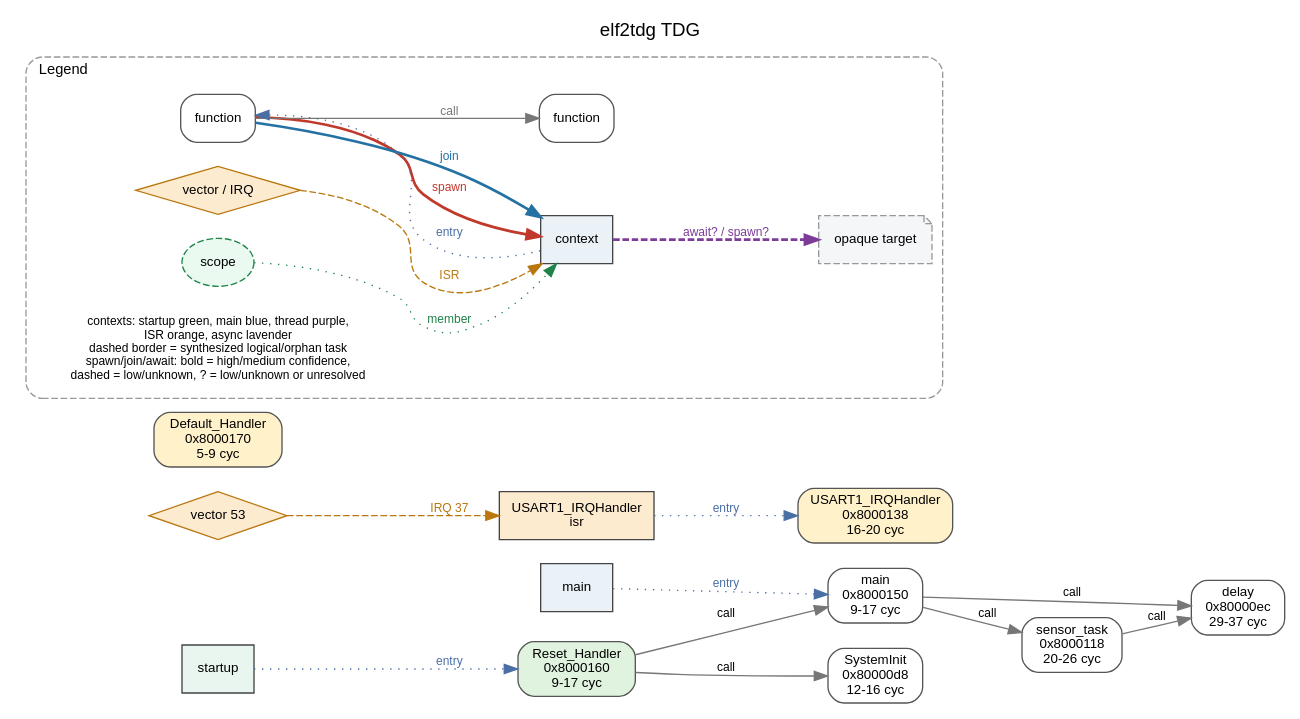
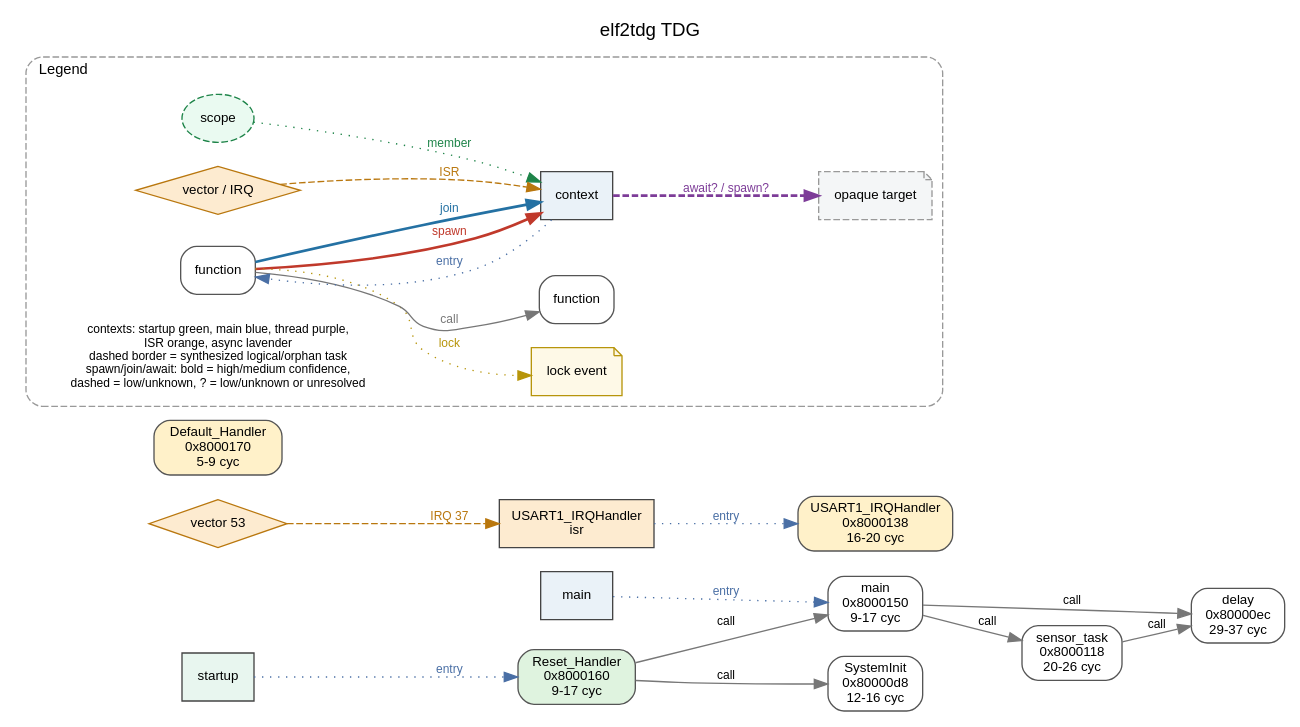
The diagram in examples/cortex-m0-isr/artifacts/tdg-full.dot (kevindadi/elf2tdg), drawn with Graphviz before and after one commit. The commit also changed 19 other files, not shown here.

```diff
--- a/examples/cortex-m0-isr/artifacts/tdg-full.dot
+++ b/examples/cortex-m0-isr/artifacts/tdg-full.dot
@@ -1,43 +1,45 @@
 digraph tdg {
   rankdir=LR;
   graph [fontname="Helvetica", label="elf2tdg TDG", labelloc=t];
   node [fontname="Helvetica", fontsize=10, shape=box, style="rounded,filled", fillcolor="#ffffff", color="#555555"];
   edge [fontname="Helvetica", fontsize=9];
   "fn:0x80000d8" [label="SystemInit\n0x80000d8\n12-16 cyc", fillcolor="#ffffff", color="#555555", style="rounded,filled"];
   "fn:0x80000ec" [label="delay\n0x80000ec\n29-37 cyc", fillcolor="#ffffff", color="#555555", style="rounded,filled"];
   "fn:0x8000118" [label="sensor_task\n0x8000118\n20-26 cyc", fillcolor="#ffffff", color="#555555", style="rounded,filled"];
   "fn:0x8000138" [label="USART1_IRQHandler\n0x8000138\n16-20 cyc", fillcolor="#fff1c9", color="#555555", style="rounded,filled"];
   "fn:0x8000150" [label="main\n0x8000150\n9-17 cyc", fillcolor="#ffffff", color="#555555", style="rounded,filled"];
   "fn:0x8000160" [label="Reset_Handler\n0x8000160\n9-17 cyc", fillcolor="#dff3df", color="#555555", style="rounded,filled"];
   "fn:0x8000170" [label="Default_Handler\n0x8000170\n5-9 cyc", fillcolor="#fff1c9", color="#555555", style="rounded,filled"];
   "ctx:isr:53" [label="USART1_IRQHandler\nisr", shape=box, style="filled", fillcolor="#fdebd0", color="#444444"];
   "ctx:isr:53" -> "fn:0x8000138" [label="entry", style=dotted, color="#4a6fa5", fontcolor="#4a6fa5"];
   "ctx:main" [label="main", shape=box, style="filled", fillcolor="#eaf2f8", color="#444444"];
   "ctx:main" -> "fn:0x8000150" [label="entry", style=dotted, color="#4a6fa5", fontcolor="#4a6fa5"];
   "ctx:startup" [label="startup", shape=box, style="filled", fillcolor="#e8f6ef", color="#444444"];
   "ctx:startup" -> "fn:0x8000160" [label="entry", style=dotted, color="#4a6fa5", fontcolor="#4a6fa5"];
   "fn:0x8000118" -> "fn:0x80000ec" [label="call", color="#777777", style="solid"];
   "fn:0x8000150" -> "fn:0x8000118" [label="call", color="#777777", style="solid"];
   "fn:0x8000150" -> "fn:0x80000ec" [label="call", color="#777777", style="solid"];
   "fn:0x8000160" -> "fn:0x80000d8" [label="call", color="#777777", style="solid"];
   "fn:0x8000160" -> "fn:0x8000150" [label="call", color="#777777", style="solid"];
   "vector:53" [label="vector 53", shape=diamond, style="filled", fillcolor="#fdebd0", color="#b9770e"];
   "vector:53" -> "ctx:isr:53" [label="IRQ 37", color="#b9770e", fontcolor="#b9770e", style=dashed];
   subgraph cluster_legend {
     label="Legend"; labeljust="l"; fontname="Helvetica"; fontsize=11; style="rounded,dashed"; color="#999999";
     legend_function [label="function", fillcolor="#ffffff"];
     legend_context [label="context", shape=box, style="filled", fillcolor="#eaf2f8", color="#444444"];
     legend_scope [label="scope", shape=ellipse, style="dashed,filled", fillcolor="#eafaf1", color="#1e8449"];
     legend_opaque [label="opaque target", shape=note, style="dashed,filled", fillcolor="#f4f6f7", color="#999999"];
     legend_vector [label="vector / IRQ", shape=diamond, style="filled", fillcolor="#fdebd0", color="#b9770e"];
+    legend_lock [label="lock event", shape=note, style="filled", fillcolor="#fef9e7", color="#b7950b"];
+    legend_function -> legend_lock [label="lock", style=dotted, color="#b7950b", fontcolor="#b7950b"];
     legend_note [label="contexts: startup green, main blue, thread purple,\nISR orange, async lavender\ndashed border = synthesized logical/orphan task\nspawn/join/await: bold = high/medium confidence,\ndashed = low/unknown, ? = low/unknown or unresolved", shape=plaintext, fontsize=9];
     legend_function -> legend_context [label="spawn", color="#c0392b", fontcolor="#c0392b", style=bold];
     legend_function -> legend_context [label="join", color="#2471a3", fontcolor="#2471a3", style=bold];
     legend_context -> legend_function [label="entry", style=dotted, color="#4a6fa5", fontcolor="#4a6fa5"];
     legend_scope -> legend_context [label="member", style=dotted, color="#1e8449", fontcolor="#1e8449"];
     legend_vector -> legend_context [label="ISR", style=dashed, color="#b9770e", fontcolor="#b9770e"];
     legend_function -> legend_call_target [label="call", style=solid, color="#777777", fontcolor="#777777"];
     legend_call_target [label="function", fillcolor="#ffffff"];
     legend_context -> legend_opaque [label="await? / spawn?", style="bold,dashed", color="#7d3c98", fontcolor="#7d3c98"];
   }
 }
```
